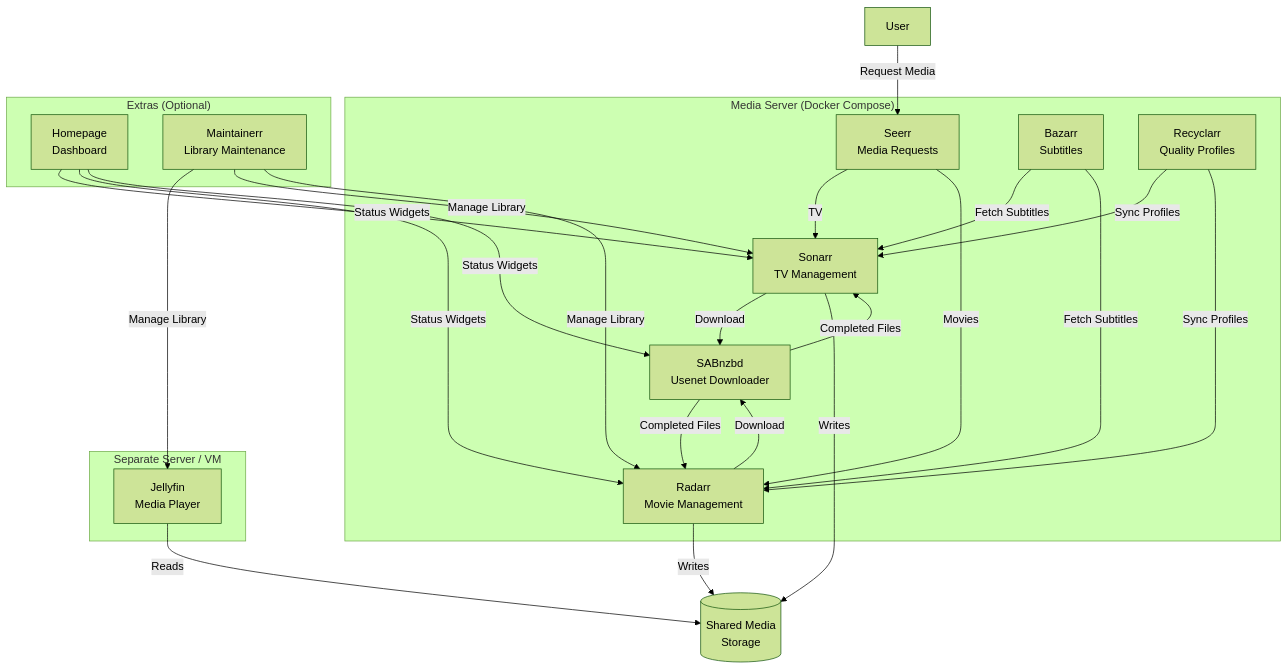
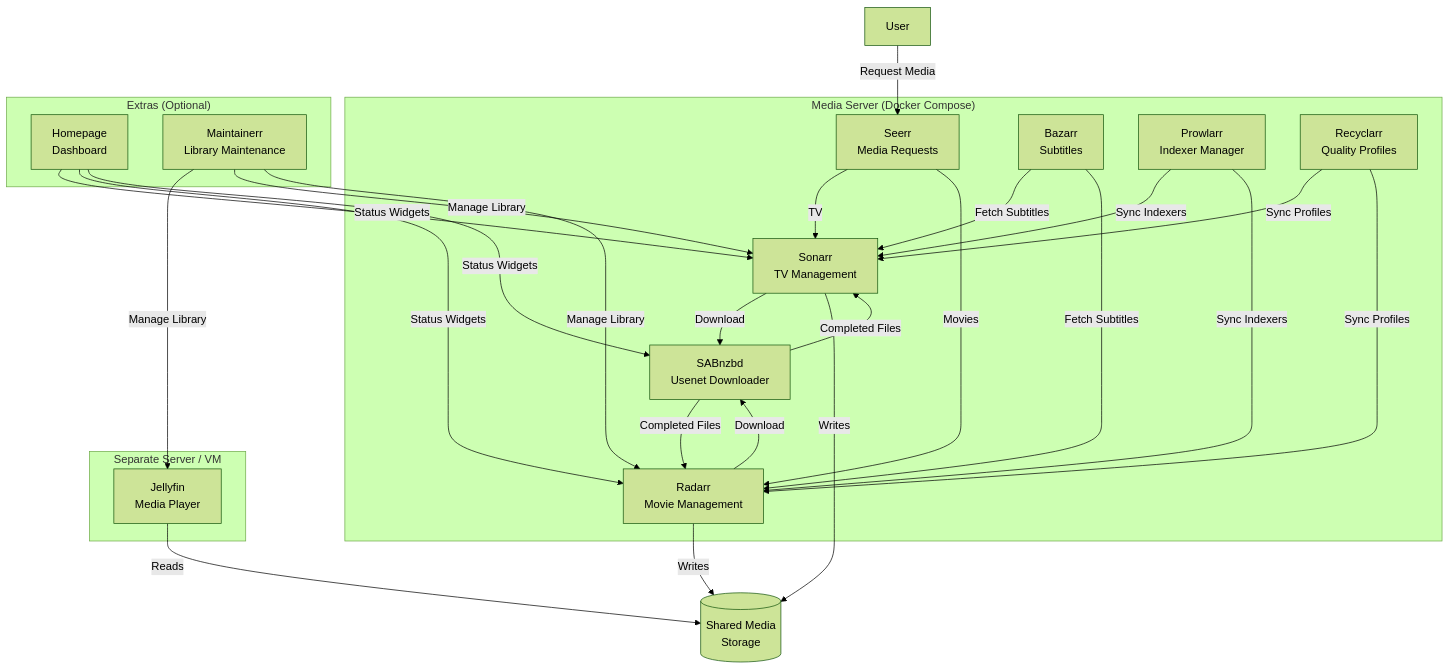
Before and after one commit to bcanfield/docker-media-server: the diagram in README.md, drawn with Mermaid (forest theme). The commit also changed other lines of this file, not shown here.

````diff
--- a/README.md
+++ b/README.md
@@ -13,41 +13,44 @@
 ```mermaid
 graph TD
     subgraph Media Server ["Media Server (Docker Compose)"]
         Seerr["Seerr<br>Media Requests"]
         Sonarr["Sonarr<br>TV Management"]
         Radarr["Radarr<br>Movie Management"]
         SABnzbd["SABnzbd<br>Usenet Downloader"]
         Bazarr["Bazarr<br>Subtitles"]
+        Prowlarr["Prowlarr<br>Indexer Manager"]
         Recyclarr["Recyclarr<br>Quality Profiles"]
     end
 
     subgraph Extras ["Extras (Optional)"]
         Homepage["Homepage<br>Dashboard"]
         Maintainerr["Maintainerr<br>Library Maintenance"]
     end
 
     subgraph Playback ["Separate Server / VM"]
         Jellyfin["Jellyfin<br>Media Player"]
     end
 
     User -->|Request Media| Seerr
     Seerr -->|TV| Sonarr
     Seerr -->|Movies| Radarr
     Sonarr -->|Download| SABnzbd
     Radarr -->|Download| SABnzbd
     SABnzbd -->|Completed Files| Sonarr
     SABnzbd -->|Completed Files| Radarr
     Bazarr -->|Fetch Subtitles| Sonarr
     Bazarr -->|Fetch Subtitles| Radarr
+    Prowlarr -->|Sync Indexers| Sonarr
+    Prowlarr -->|Sync Indexers| Radarr
     Recyclarr -->|Sync Profiles| Sonarr
     Recyclarr -->|Sync Profiles| Radarr
     Homepage -->|Status Widgets| Sonarr
     Homepage -->|Status Widgets| Radarr
     Homepage -->|Status Widgets| SABnzbd
     Maintainerr -->|Manage Library| Jellyfin
     Maintainerr -->|Manage Library| Sonarr
     Maintainerr -->|Manage Library| Radarr
     Jellyfin -->|Reads| MediaStorage[("Shared Media<br>Storage")]
     Sonarr -->|Writes| MediaStorage
     Radarr -->|Writes| MediaStorage
 ```
````
